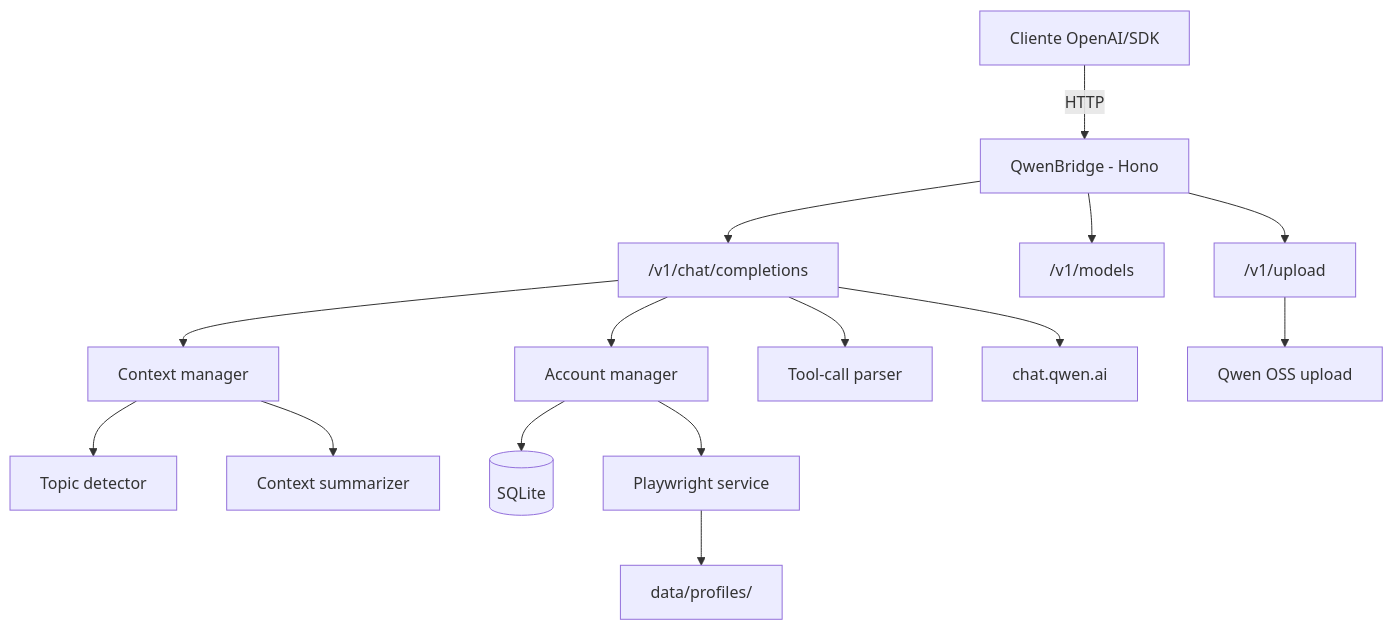
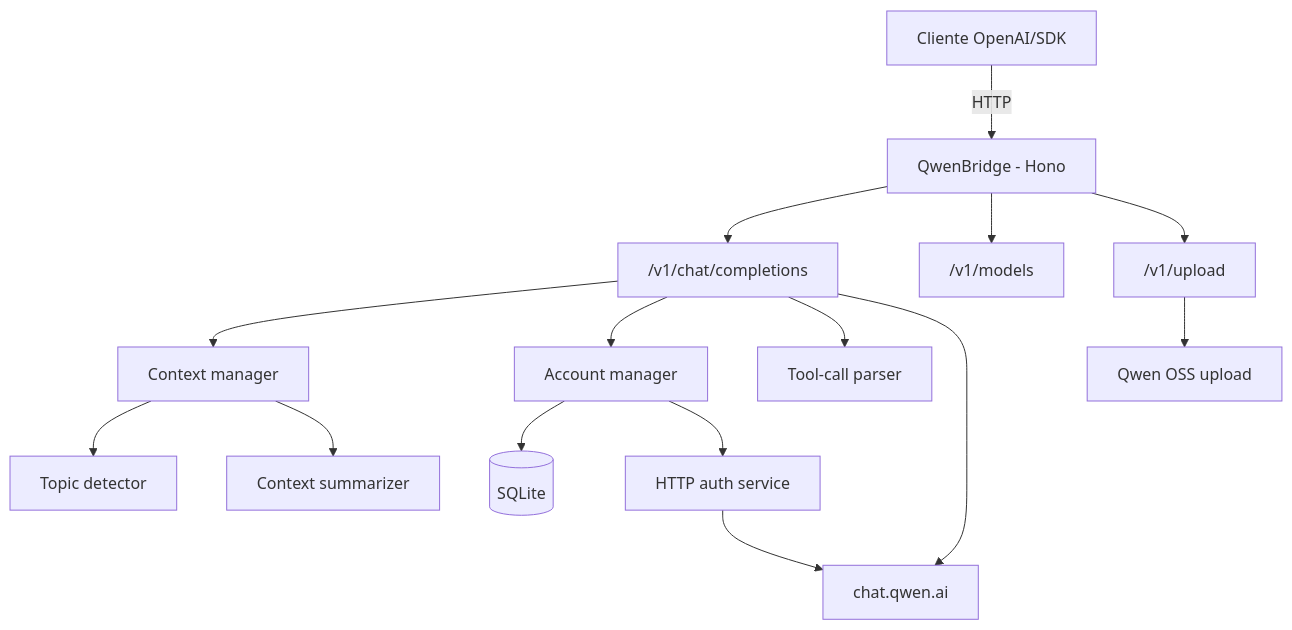
Before and after one commit to johngbl/qwenproxy: the diagram in README.md, drawn with Mermaid. The commit also changed other lines of this file and 33 other files, not shown here.

Commit message:
Migrate Qwen auth to HTTP

````diff
--- a/README.md
+++ b/README.md
@@ -32,17 +32,17 @@
 ```mermaid
 flowchart TD
     Client["Cliente OpenAI/SDK"] -->|HTTP| Proxy["QwenBridge - Hono"]
     Proxy --> Chat["/v1/chat/completions"]
     Proxy --> Models["/v1/models"]
     Proxy --> Upload["/v1/upload"]
     Chat --> Context["Context manager"]
     Context --> Topic["Topic detector"]
     Context --> Summary["Context summarizer"]
     Chat --> Accounts["Account manager"]
     Accounts --> DB[("SQLite")]
-    Accounts --> PW["Playwright service"]
-    PW --> Profiles["data/profiles/"]
+    Accounts --> Auth["HTTP auth service"]
+    Auth --> Qwen
     Chat --> Parser["Tool-call parser"]
     Chat --> Qwen["chat.qwen.ai"]
     Upload --> OSS["Qwen OSS upload"]
 ```
````
